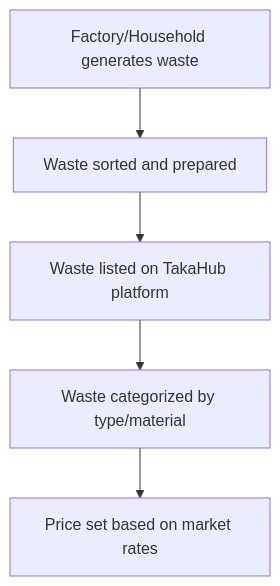
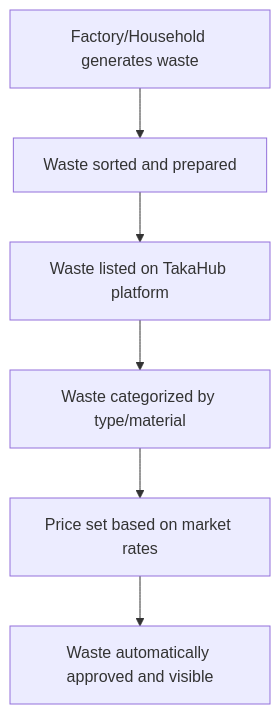
Before and after one commit to Stepho-hub/TakaHub-webapp: the first of 4 diagrams in waste_marketplace/TAKAHUB_OPERATIONS_GUIDE.md, drawn with Mermaid. The commit also changed other lines of this file and 25 other files, not shown here.

````diff
--- a/waste_marketplace/TAKAHUB_OPERATIONS_GUIDE.md
+++ b/waste_marketplace/TAKAHUB_OPERATIONS_GUIDE.md
@@ -143,7 +164,8 @@
 ```mermaid
 graph TD
     A[Factory/Household generates waste] --> B[Waste sorted and prepared]
     B --> C[Waste listed on TakaHub platform]
     C --> D[Waste categorized by type/material]
     D --> E[Price set based on market rates]
+    E --> F[Waste automatically approved and visible]
 ```
````
